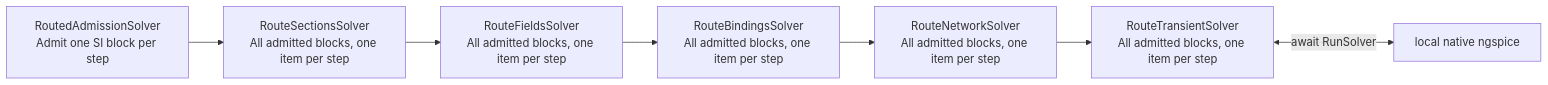
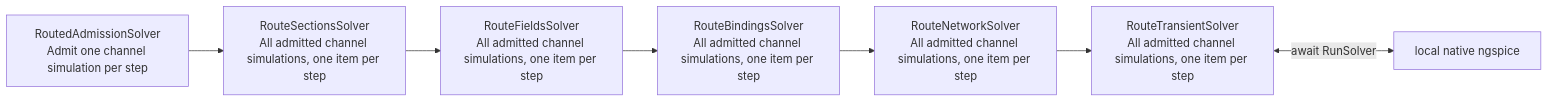
One commit to draarivpatel-ui/signal-integrity-pipeline changed the fourth of 5 diagrams in docs/ARCHITECTURE.md. Above: the diagram before and after it, drawn with Mermaid. The commit also changed other lines of this file and 9 other files, not shown here.

Commit message:
refactor: name channel simulation results and stage counts

````diff
--- a/docs/ARCHITECTURE.md
+++ b/docs/ARCHITECTURE.md
@@ -127,15 +127,15 @@
 ```mermaid
 flowchart LR
-  s0["RoutedAdmissionSolver<br/>Admit one SI block per step"]
-  s1["RouteSectionsSolver<br/>All admitted blocks, one item per step"]
-  s2["RouteFieldsSolver<br/>All admitted blocks, one item per step"]
-  s3["RouteBindingsSolver<br/>All admitted blocks, one item per step"]
-  s4["RouteNetworkSolver<br/>All admitted blocks, one item per step"]
-  s5["RouteTransientSolver<br/>All admitted blocks, one item per step"]
+  s0["RoutedAdmissionSolver<br/>Admit one channel simulation per step"]
+  s1["RouteSectionsSolver<br/>All admitted channel simulations, one item per step"]
+  s2["RouteFieldsSolver<br/>All admitted channel simulations, one item per step"]
+  s3["RouteBindingsSolver<br/>All admitted channel simulations, one item per step"]
+  s4["RouteNetworkSolver<br/>All admitted channel simulations, one item per step"]
+  s5["RouteTransientSolver<br/>All admitted channel simulations, one item per step"]
   s0 --> s1
   s1 --> s2
   s2 --> s3
   s3 --> s4
   s4 --> s5
   s5 <-->|"await RunSolver"| engine["local native ngspice"]
 ```
````
